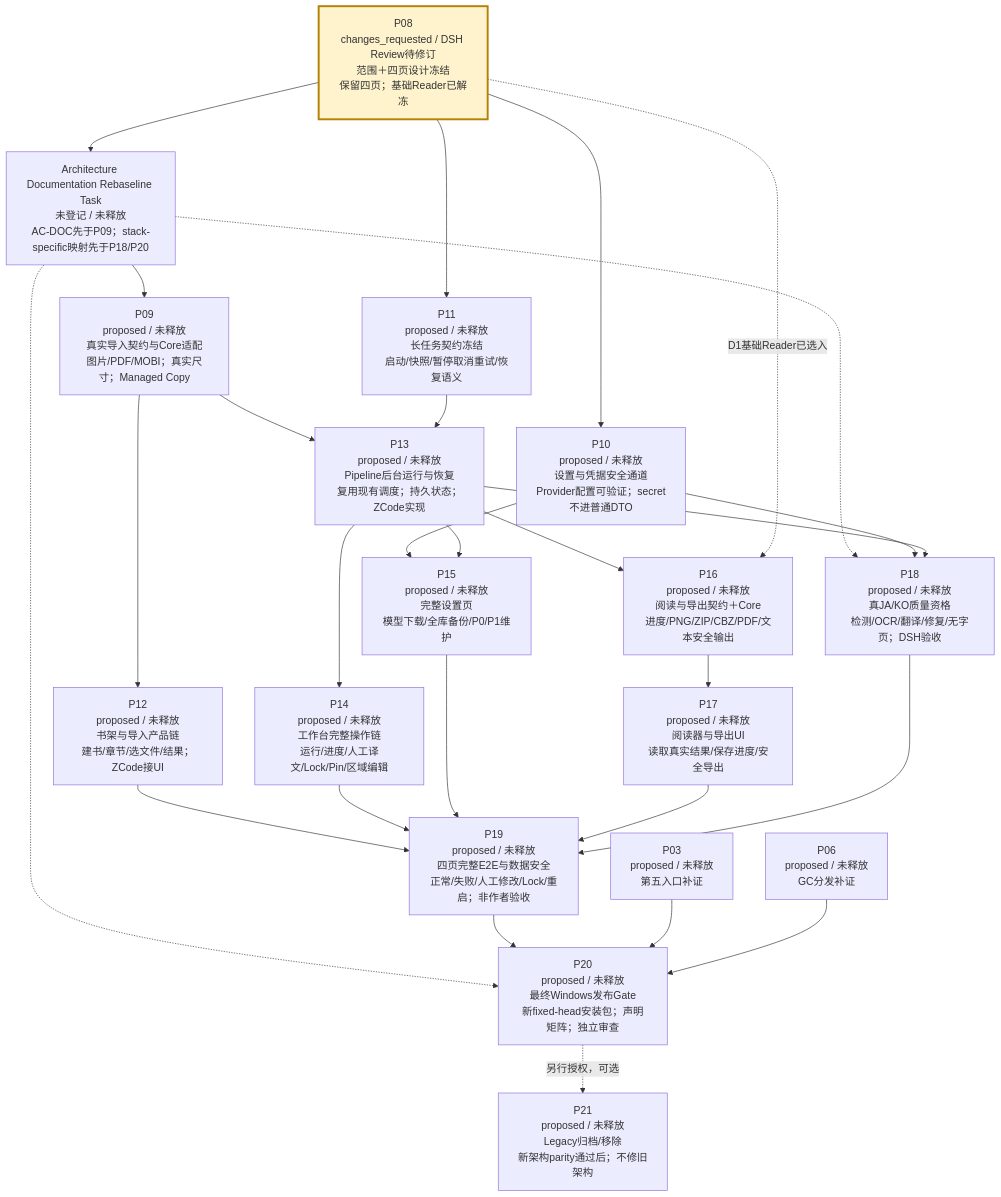
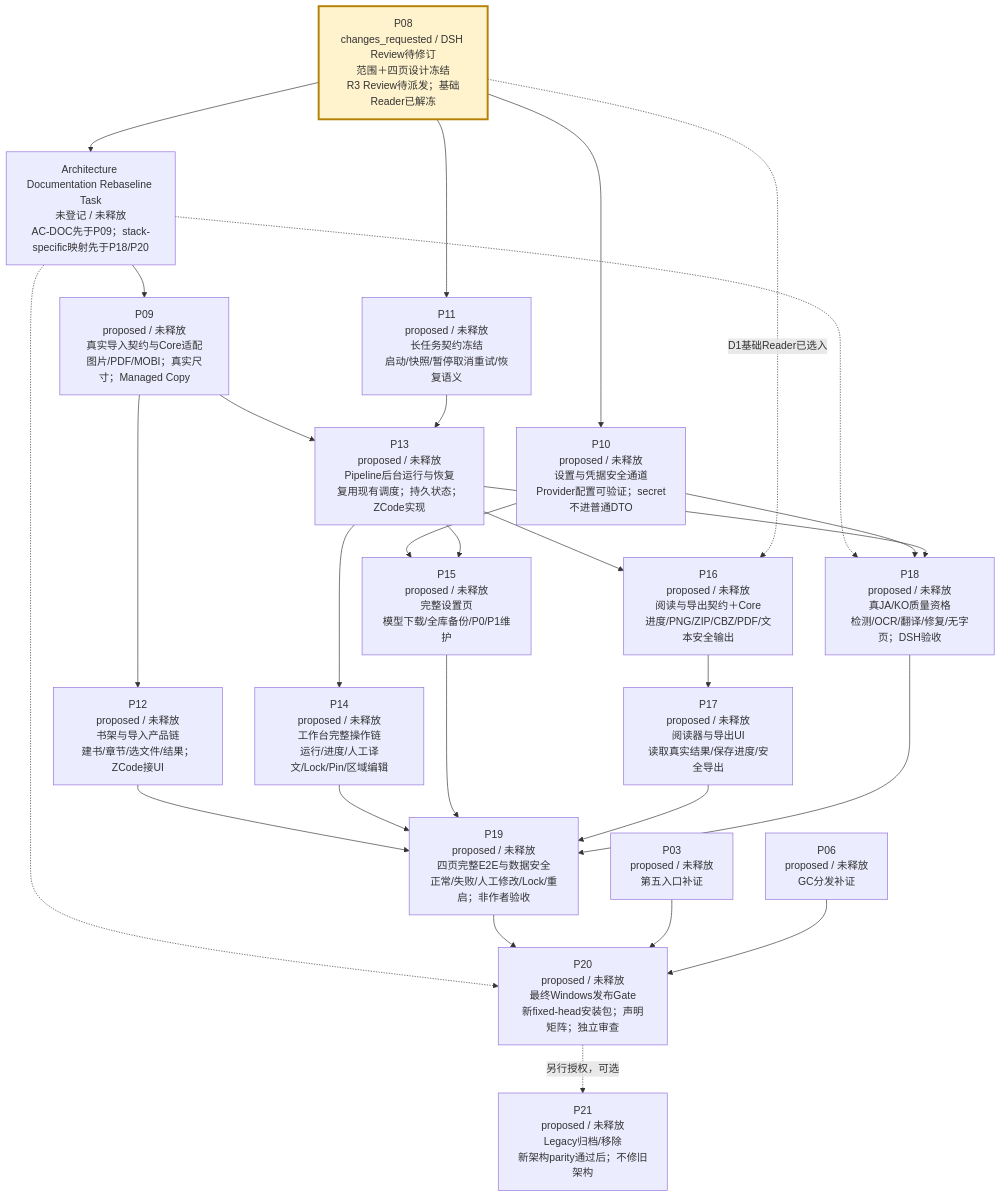
One commit to peakwheat-pixel/New-Manga changed the third of 4 diagrams in verification/PROJECT-ROADMAP-20261008/ROADMAP.md. Above: the diagram before and after it, drawn with Mermaid. The commit also changed other lines of this file and 12 other files, not shown here.

````diff
--- a/verification/PROJECT-ROADMAP-20261008/ROADMAP.md
+++ b/verification/PROJECT-ROADMAP-20261008/ROADMAP.md
@@ -47,30 +47,30 @@
 ```mermaid
 flowchart TB
-  P08["P08<br/>changes_requested / DSH Review待修订<br/>范围＋四页设计冻结<br/>保留四页；基础Reader已解冻"] --> ARCHDOC["Architecture Documentation Rebaseline Task<br/>未登记 / 未释放<br/>AC-DOC先于P09；stack-specific映射先于P18/P20"]
+  P08["P08<br/>changes_requested / DSH Review待修订<br/>范围＋四页设计冻结<br/>R3 Review待派发；基础Reader已解冻"] --> ARCHDOC["Architecture Documentation Rebaseline Task<br/>未登记 / 未释放<br/>AC-DOC先于P09；stack-specific映射先于P18/P20"]
   ARCHDOC --> P09["P09<br/>proposed / 未释放<br/>真实导入契约与Core适配<br/>图片/PDF/MOBI；真实尺寸；Managed Copy"]
   ARCHDOC -.-> P18
   ARCHDOC -.-> P20
   P08 --> P10["P10<br/>proposed / 未释放<br/>设置与凭据安全通道<br/>Provider配置可验证；secret不进普通DTO"]
   P08 --> P11["P11<br/>proposed / 未释放<br/>长任务契约冻结<br/>启动/快照/暂停取消重试/恢复语义"]
   P09 --> P12["P12<br/>proposed / 未释放<br/>书架与导入产品链<br/>建书/章节/选文件/结果；ZCode接UI"]
   P09 --> P13["P13<br/>proposed / 未释放<br/>Pipeline后台运行与恢复<br/>复用现有调度；持久状态；ZCode实现"]
   P11 --> P13
   P13 --> P14["P14<br/>proposed / 未释放<br/>工作台完整操作链<br/>运行/进度/人工译文/Lock/Pin/区域编辑"]
   P10 --> P15["P15<br/>proposed / 未释放<br/>完整设置页<br/>模型下载/全库备份/P0/P1维护"]
   P13 --> P15
   P13 --> P16["P16<br/>proposed / 未释放<br/>阅读与导出契约＋Core<br/>进度/PNG/ZIP/CBZ/PDF/文本安全输出"]
   P08 -. "D1基础Reader已选入" .-> P16
   P16 --> P17["P17<br/>proposed / 未释放<br/>阅读器与导出UI<br/>读取真实结果/保存进度/安全导出"]
   P10 --> P18["P18<br/>proposed / 未释放<br/>真JA/KO质量资格<br/>检测/OCR/翻译/修复/无字页；DSH验收"]
   P13 --> P18
   P12 --> P19["P19<br/>proposed / 未释放<br/>四页完整E2E与数据安全<br/>正常/失败/人工修改/Lock/重启；非作者验收"]
   P14 --> P19
   P15 --> P19
   P17 --> P19
   P18 --> P19
   P19 --> P20["P20<br/>proposed / 未释放<br/>最终Windows发布Gate<br/>新fixed-head安装包；声明矩阵；独立审查"]
   P03["P03<br/>proposed / 未释放<br/>第五入口补证"] --> P20
   P06["P06<br/>proposed / 未释放<br/>GC分发补证"] --> P20
   P20 -. "另行授权，可选" .-> P21["P21<br/>proposed / 未释放<br/>Legacy归档/移除<br/>新架构parity通过后；不修旧架构"]
   style P08 fill:#fff3cd,stroke:#b58105,stroke-width:3px
 ```
````
